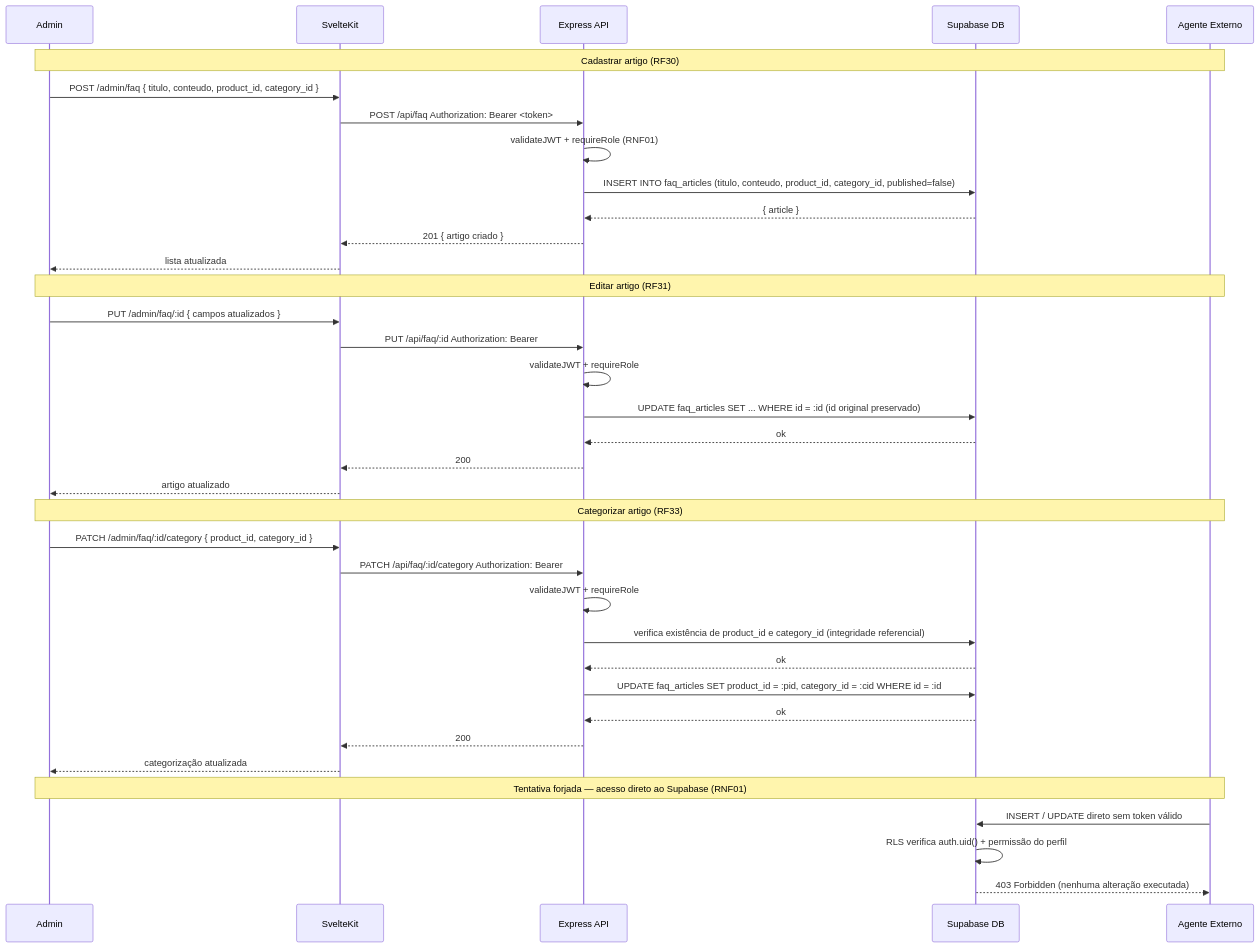
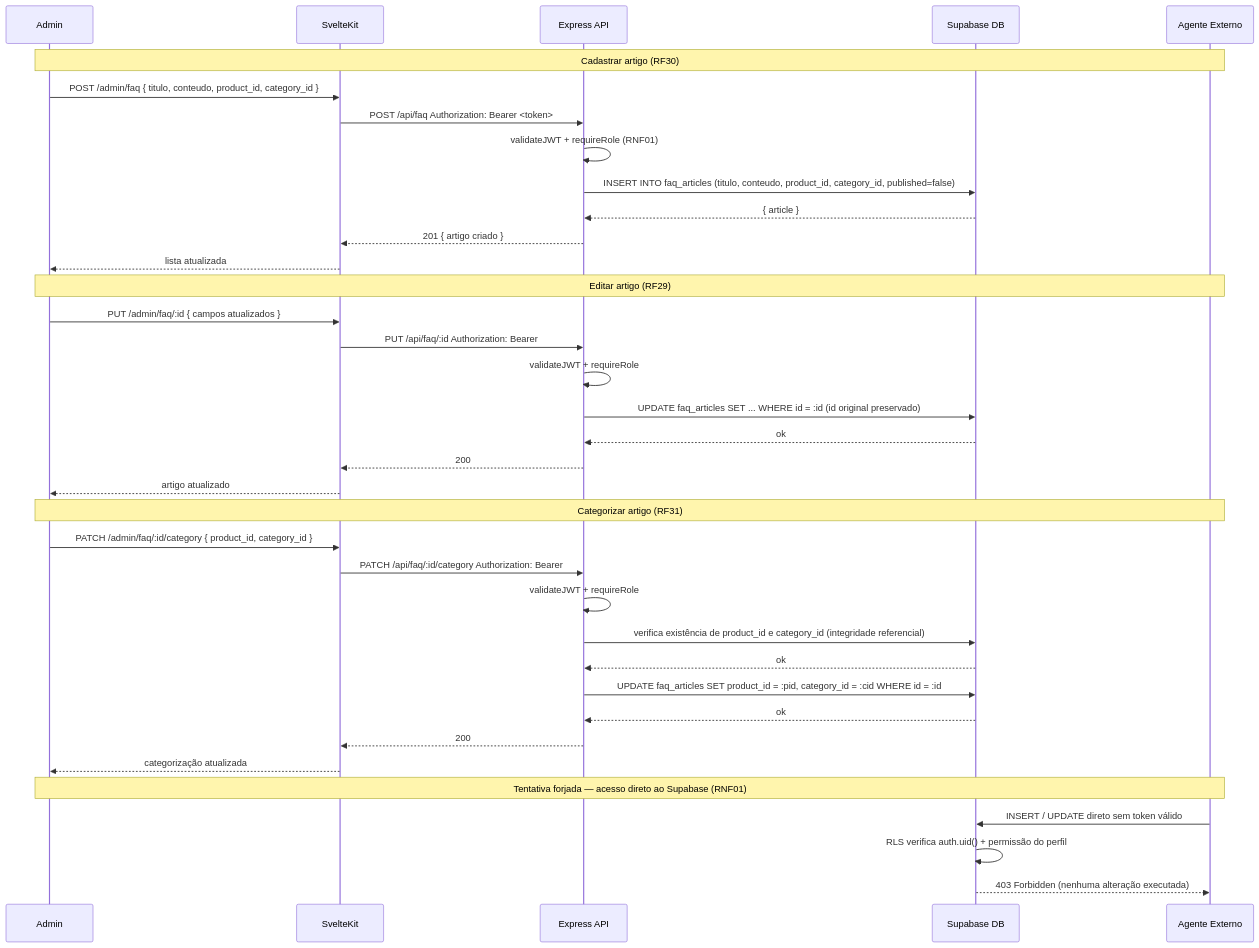
The eighth of 10 diagrams in gh-pages/docs/iteracoes/iteracao-1/features-entregues.md (mdsreq-fga-unb/REQ-2026.1-T02-Crianex-), drawn with Mermaid before and after one commit. The commit also changed other lines of this file and 3 other files, not shown here.

````diff
--- a/gh-pages/docs/iteracoes/iteracao-1/features-entregues.md
+++ b/gh-pages/docs/iteracoes/iteracao-1/features-entregues.md
@@ -595,42 +573,42 @@
 ```mermaid
 sequenceDiagram
     participant A as Admin
     participant SK as SvelteKit
     participant EX as Express API
     participant DB as Supabase DB
     participant AGT as Agente Externo
 
     Note over A,AGT: Cadastrar artigo (RF30)
     A->>SK: POST /admin/faq { titulo, conteudo, product_id, category_id }
     SK->>EX: POST /api/faq Authorization: Bearer <token>
     EX->>EX: validateJWT + requireRole (RNF01)
     EX->>DB: INSERT INTO faq_articles (titulo, conteudo, product_id, category_id, published=false)
     DB-->>EX: { article }
     EX-->>SK: 201 { artigo criado }
     SK-->>A: lista atualizada
 
-    Note over A,AGT: Editar artigo (RF31)
+    Note over A,AGT: Editar artigo (RF29)
     A->>SK: PUT /admin/faq/:id { campos atualizados }
     SK->>EX: PUT /api/faq/:id Authorization: Bearer
     EX->>EX: validateJWT + requireRole
     EX->>DB: UPDATE faq_articles SET ... WHERE id = :id (id original preservado)
     DB-->>EX: ok
     EX-->>SK: 200
     SK-->>A: artigo atualizado
 
-    Note over A,AGT: Categorizar artigo (RF33)
+    Note over A,AGT: Categorizar artigo (RF31)
     A->>SK: PATCH /admin/faq/:id/category { product_id, category_id }
     SK->>EX: PATCH /api/faq/:id/category Authorization: Bearer
     EX->>EX: validateJWT + requireRole
     EX->>DB: verifica existência de product_id e category_id (integridade referencial)
     DB-->>EX: ok
     EX->>DB: UPDATE faq_articles SET product_id = :pid, category_id = :cid WHERE id = :id
     DB-->>EX: ok
     EX-->>SK: 200
     SK-->>A: categorização atualizada
 
     Note over A,AGT: Tentativa forjada — acesso direto ao Supabase (RNF01)
     AGT->>DB: INSERT / UPDATE direto sem token válido
     DB->>DB: RLS verifica auth.uid() + permissão do perfil
     DB-->>AGT: 403 Forbidden (nenhuma alteração executada)
 ```
````
